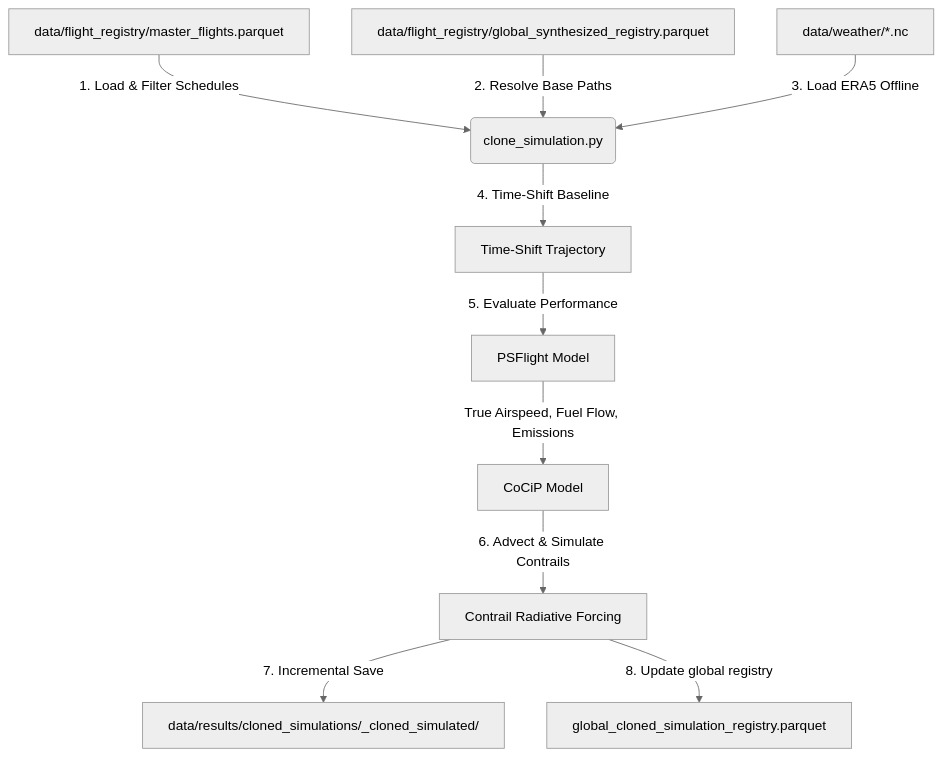
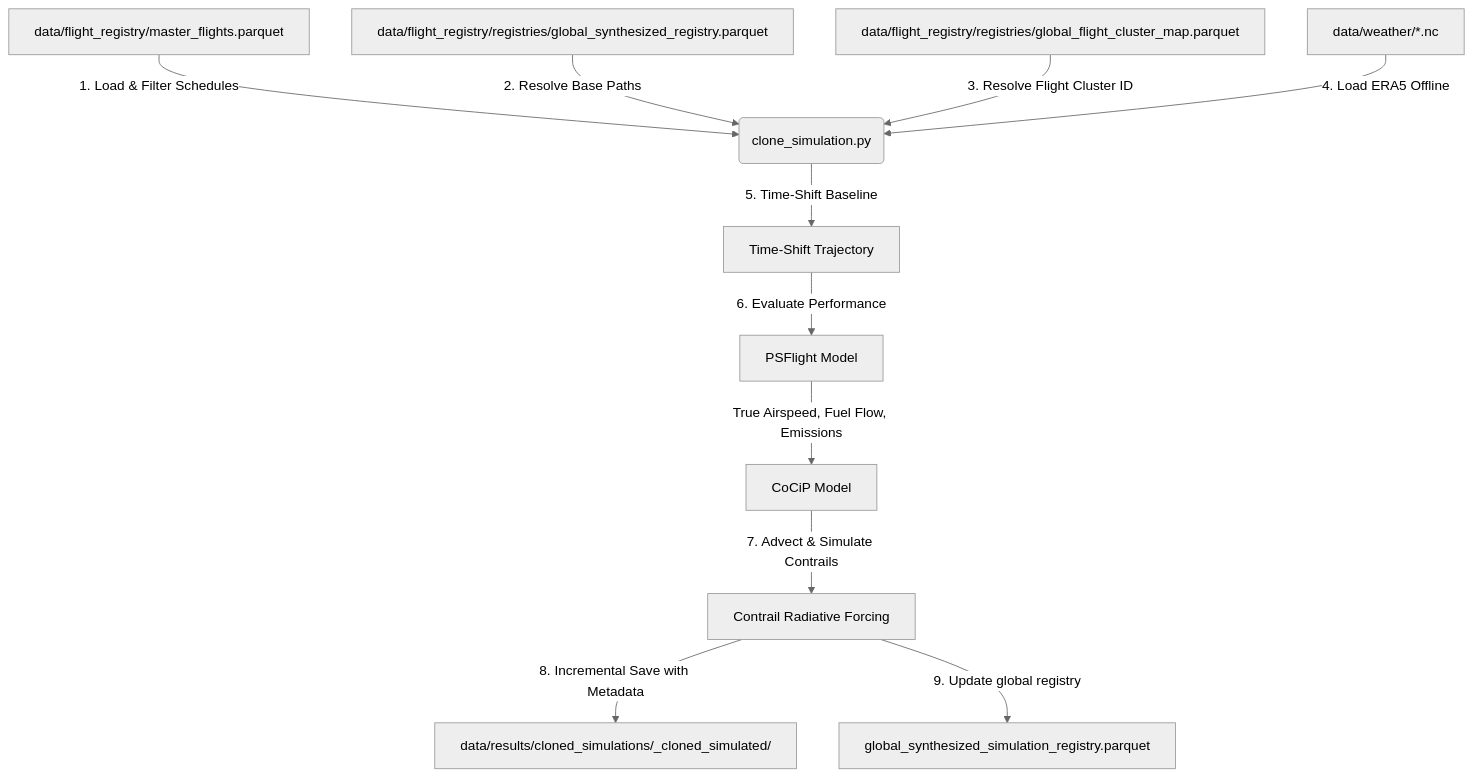
Before and after one commit to Bauzement123/flight-physics-pipeline: the diagram in src/physics/simulation README.md, drawn with Mermaid (neutral theme). The commit also changed other lines of this file and 7 other files, not shown here.

Commit message:
Integrate K-Means Route Clustering engine and classification metadata end-to-end

````diff
--- a/src/physics/simulation README.md
+++ b/src/physics/simulation README.md
@@ -58,14 +58,15 @@
 ```mermaid
 graph TD
     A[data/flight_registry/master_flights.parquet] -->|1. Load & Filter Schedules| B(clone_simulation.py)
-    C[data/flight_registry/global_synthesized_registry.parquet] -->|2. Resolve Base Paths| B
-    D[data/weather/*.nc] -->|3. Load ERA5 Offline| B
+    C[data/flight_registry/registries/global_synthesized_registry.parquet] -->|2. Resolve Base Paths| B
+    K[data/flight_registry/registries/global_flight_cluster_map.parquet] -->|3. Resolve Flight Cluster ID| B
+    D[data/weather/*.nc] -->|4. Load ERA5 Offline| B
     
-    B -->|4. Time-Shift Baseline| E[Time-Shift Trajectory]
-    E -->|5. Evaluate Performance| F[PSFlight Model]
+    B -->|5. Time-Shift Baseline| E[Time-Shift Trajectory]
+    E -->|6. Evaluate Performance| F[PSFlight Model]
     F -->|True Airspeed, Fuel Flow, Emissions| G[CoCiP Model]
-    G -->|6. Advect & Simulate Contrails| H[Contrail Radiative Forcing]
+    G -->|7. Advect & Simulate Contrails| H[Contrail Radiative Forcing]
     
-    H -->|7. Incremental Save| I[data/results/cloned_simulations/<route>_cloned_simulated/]
-    H -->|8. Update global registry| J[global_cloned_simulation_registry.parquet]
+    H -->|8. Incremental Save with Metadata| I[data/results/cloned_simulations/<route>_cloned_simulated/]
+    H -->|9. Update global registry| J[global_synthesized_simulation_registry.parquet]
 ```
````
